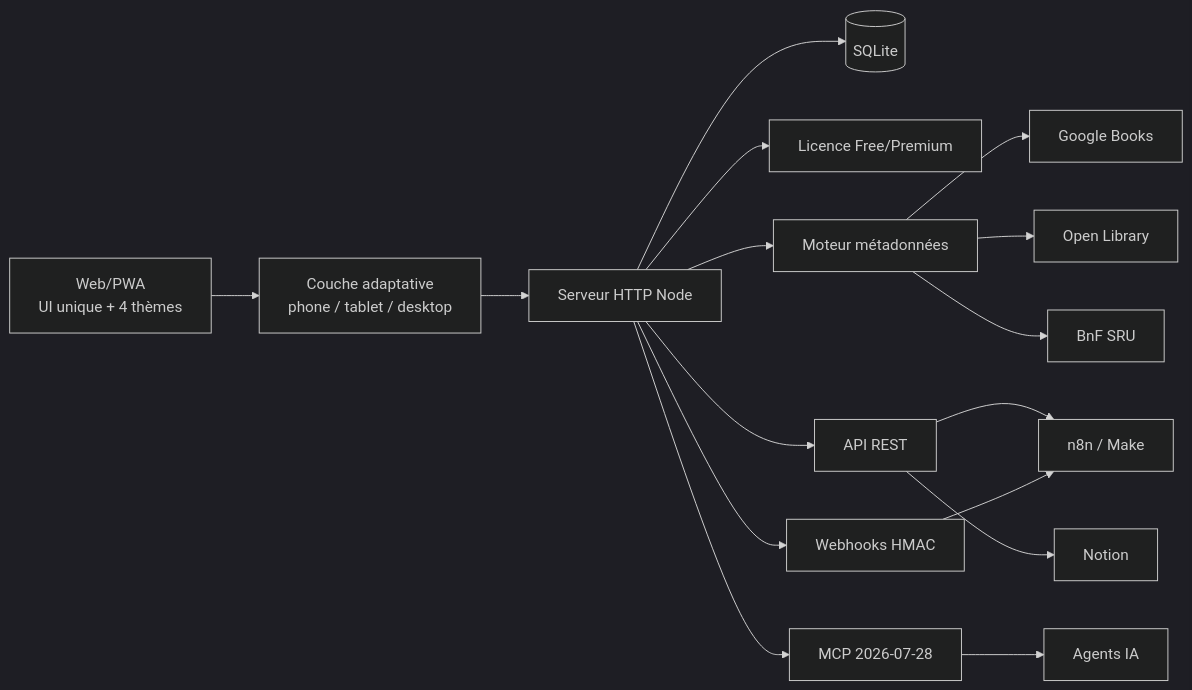
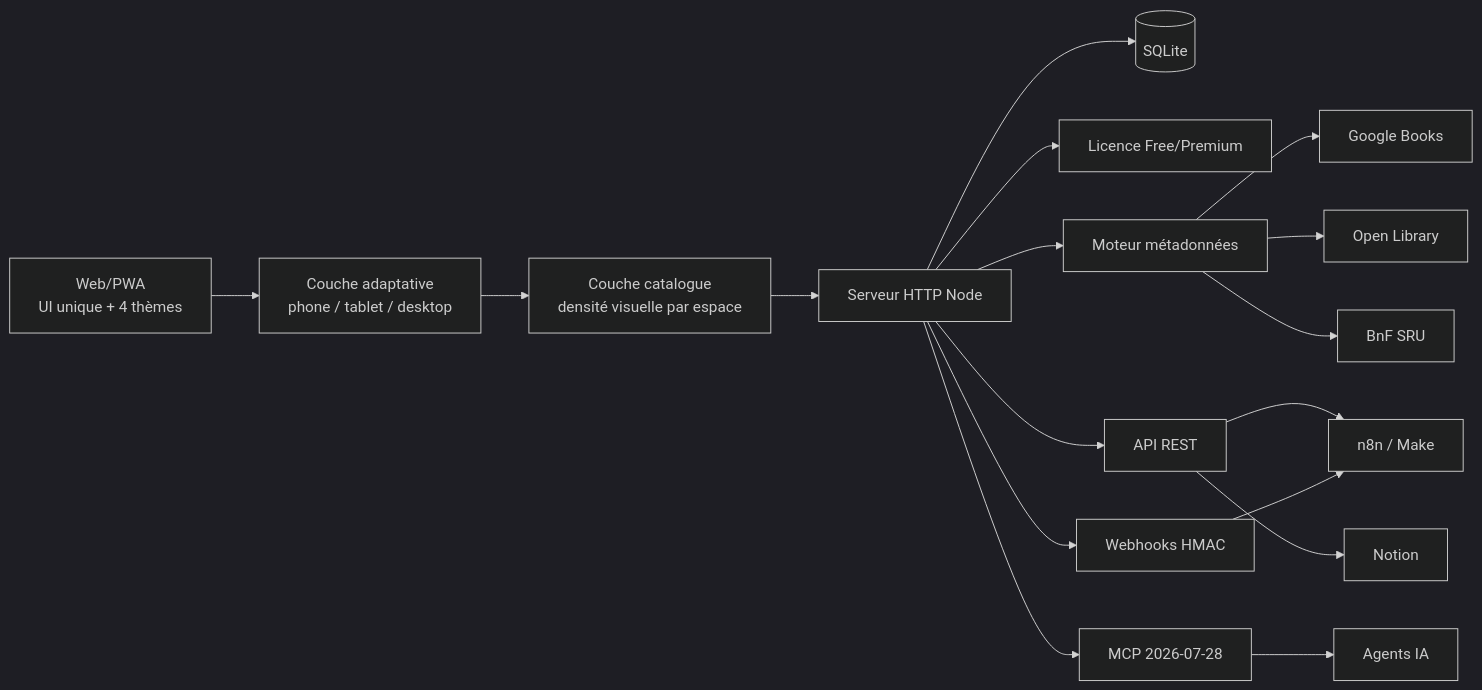
One commit to Etorrent-Org/Bd-desk changed the first of 2 diagrams in docs/ARCHITECTURE.md. Above: the diagram before and after it, drawn with Mermaid (dark theme). The commit also changed other lines of this file, not shown here.

Commit message:
docs: add catalog UI architecture

````diff
--- a/docs/ARCHITECTURE.md
+++ b/docs/ARCHITECTURE.md
@@ -5,18 +5,19 @@
 ```mermaid
 flowchart LR
   PWA[Web/PWA\nUI unique + 4 thèmes] --> ADAPT[Couche adaptative\nphone / tablet / desktop]
-  ADAPT --> HTTP[Serveur HTTP Node]
+  ADAPT --> CATALOG[Couche catalogue\ndensité visuelle par espace]
+  CATALOG --> HTTP[Serveur HTTP Node]
   HTTP --> DB[(SQLite)]
   HTTP --> LIC[Licence Free/Premium]
   HTTP --> META[Moteur métadonnées]
   META --> GB[Google Books]
   META --> OL[Open Library]
   META --> BNF[BnF SRU]
   HTTP --> API[API REST]
   HTTP --> MCP[MCP 2026-07-28]
   HTTP --> WH[Webhooks HMAC]
   API --> N8N[n8n / Make]
   WH --> N8N
   API --> NOTION[Notion]
   MCP --> AI[Agents IA]
 ```
````
